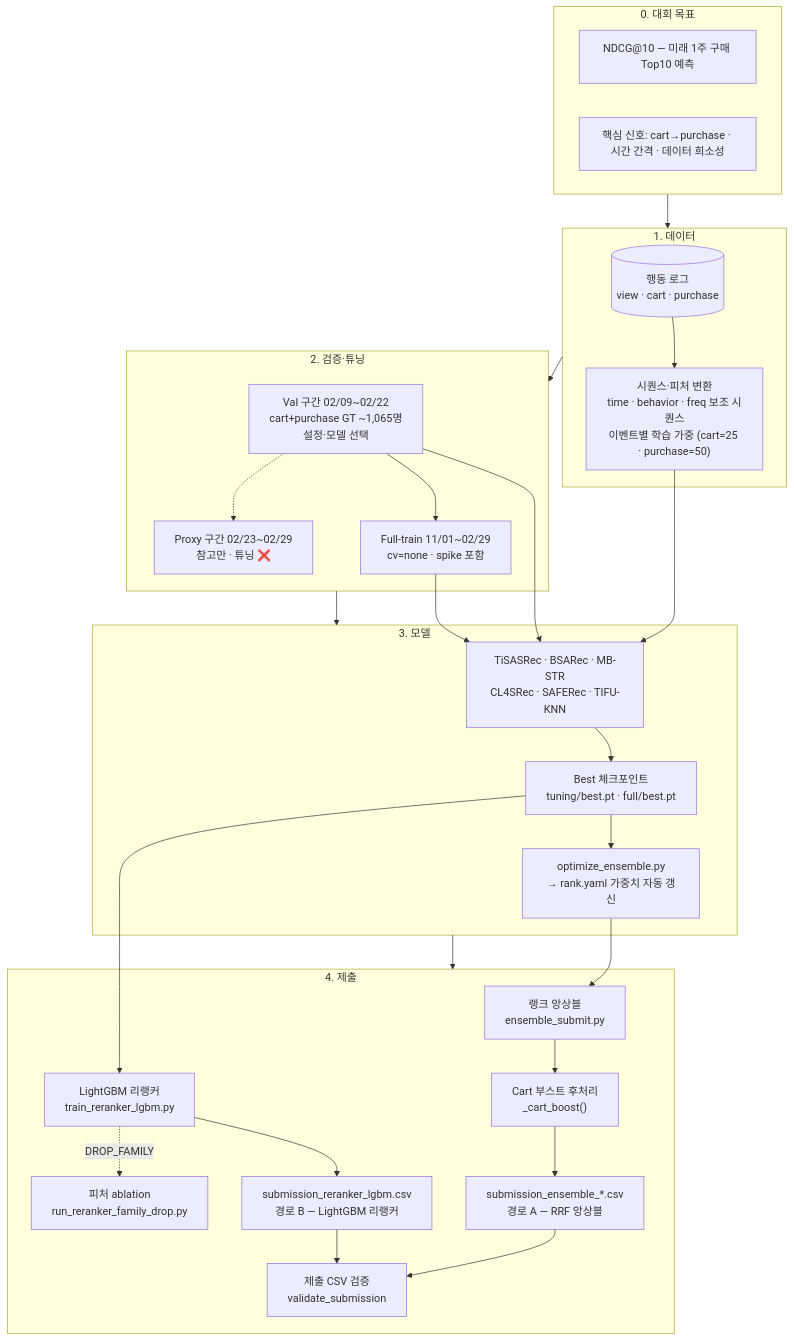
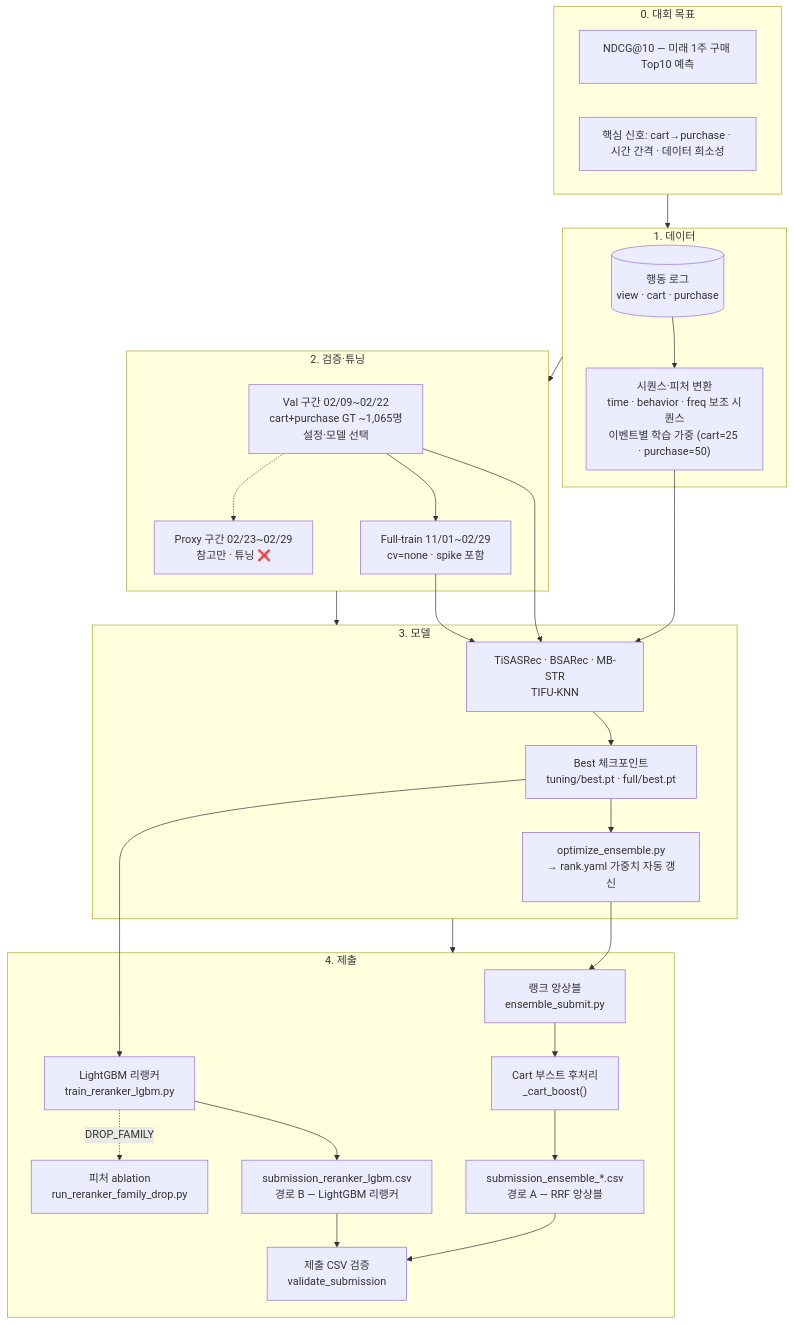
The diagram in docs/PLAN.md (WanYoung-Oh/recsys), drawn with Mermaid before and after one commit.

Commit message:
Docs: PLAN.md Flowchart 수정

````diff
--- a/docs/PLAN.md
+++ b/docs/PLAN.md
@@ -359,51 +359,51 @@
 ```mermaid
 flowchart TB
   subgraph goal ["0. 대회 목표"]
     metric["NDCG@10 — 미래 1주 구매 Top10 예측"]
     insight["핵심 신호: cart→purchase · 시간 간격 · 데이터 희소성"]
   end
 
   subgraph data ["1. 데이터"]
     raw[("행동 로그<br/>view · cart · purchase")]
     feat["시퀀스·피처 변환<br/>time · behavior · freq 보조 시퀀스<br/>이벤트별 학습 가중 (cart=25 · purchase=50)"]
     raw --> feat
   end
 
   subgraph cv ["2. 검증·튜닝"]
     val["Val 구간 02/09~02/22<br/>cart+purchase GT ~1,065명<br/>설정·모델 선택"]
     ref["Proxy 구간 02/23~02/29<br/>참고만 · 튜닝 ❌"]
     prod["Full-train 11/01~02/29<br/>cv=none · spike 포함"]
     val -.-> ref
     val --> prod
   end
 
   subgraph train ["3. 모델"]
-    pool["TiSASRec · BSARec · MB-STR<br/>CL4SRec · SAFERec · TIFU-KNN"]
+    pool["TiSASRec · BSARec · MB-STR<br/>TIFU-KNN"]
     best["Best 체크포인트<br/>tuning/best.pt · full/best.pt"]
     optw["optimize_ensemble.py<br/>→ rank.yaml 가중치 자동 갱신"]
     feat --> pool
     val --> pool
     prod --> pool
     pool --> best
     best --> optw
   end
 
   subgraph out ["4. 제출"]
     ens["랭크 앙상블<br/>ensemble_submit.py"]
     post["Cart 부스트 후처리<br/>_cart_boost()"]
     lgbm["LightGBM 리랭커<br/>train_reranker_lgbm.py"]
     abl["피처 ablation<br/>run_reranker_family_drop.py"]
     subA["submission_ensemble_*.csv<br/>경로 A — RRF 앙상블"]
     subB["submission_reranker_lgbm.csv<br/>경로 B — LightGBM 리랭커"]
     valid["제출 CSV 검증<br/>validate_submission"]
     optw --> ens
     best --> lgbm
     ens --> post --> subA
     lgbm --> subB
     lgbm -.->|DROP_FAMILY| abl
     subA --> valid
     subB --> valid
   end
 
   goal --> data --> cv --> train --> out
 ```
````
